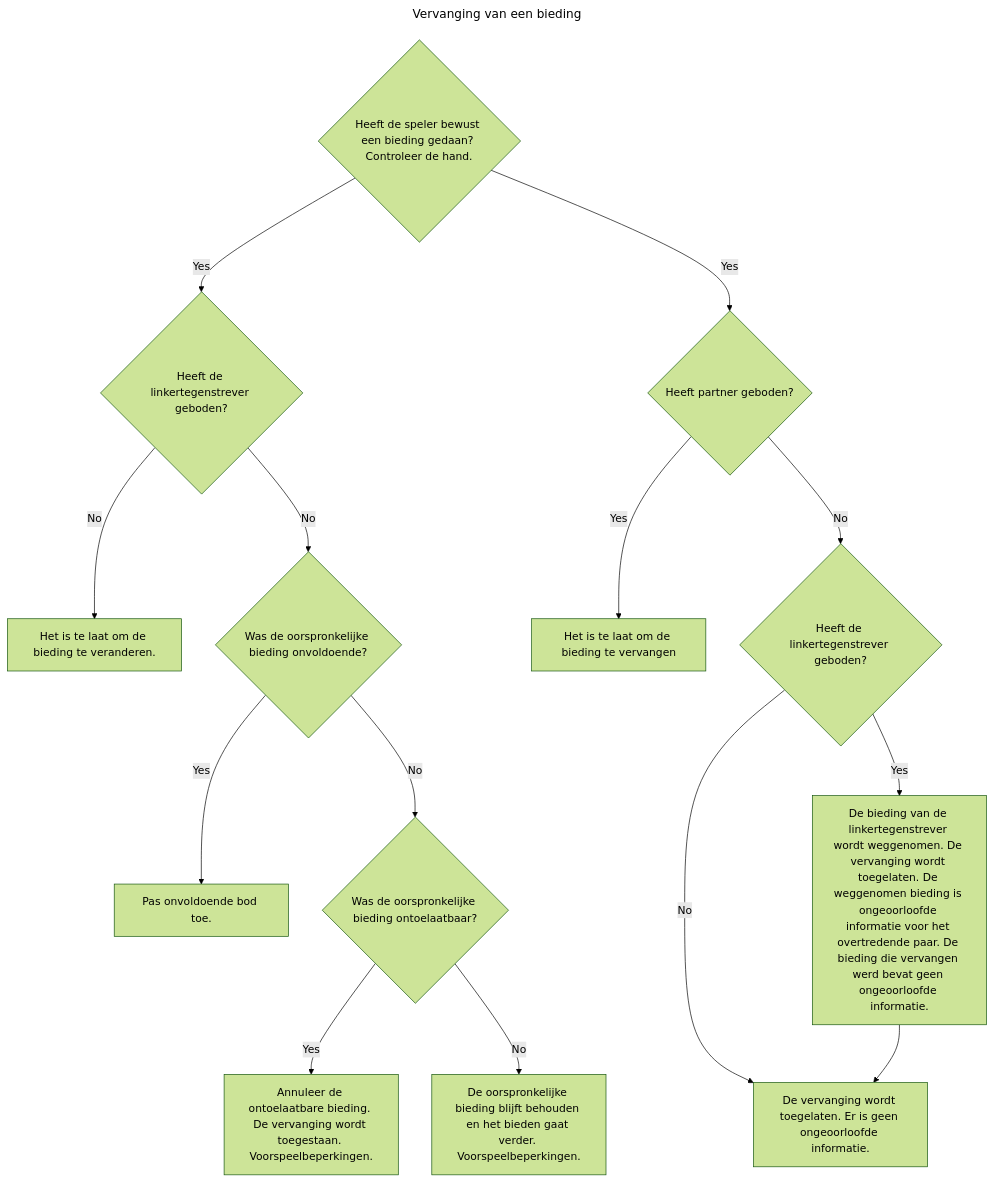
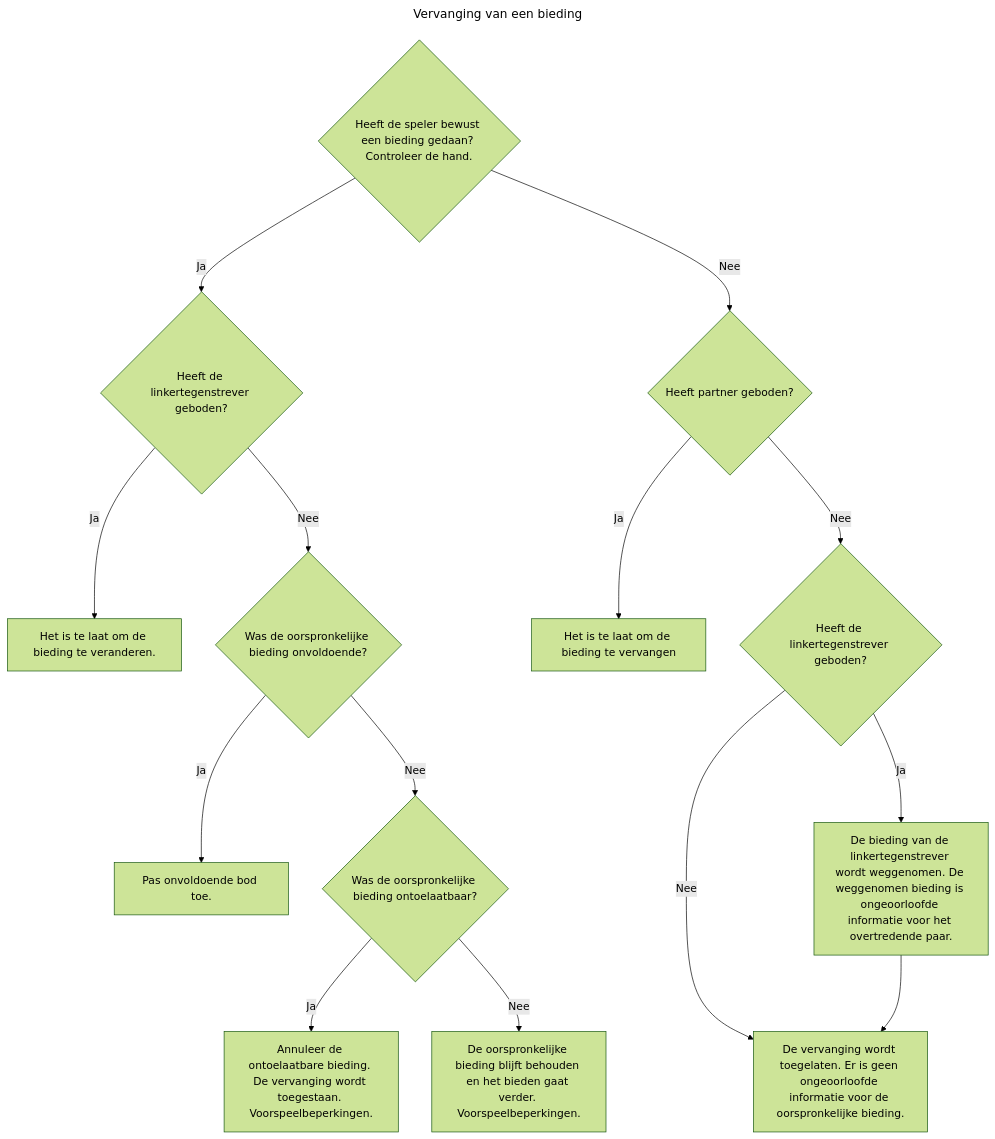
One commit to tcorneli/CTL-instructies changed the diagram in bieding-vervangen.md. Above: the diagram before and after it, drawn with Mermaid (forest theme).

Commit message:
Translate bidding flowchart to Dutch

````diff
--- a/bieding-vervangen.md
+++ b/bieding-vervangen.md
@@ -1,20 +1,20 @@
 ```mermaid
 ---
 title: Vervanging van een bieding
 ---
 graph TD
     A{Heeft de speler bewust een bieding gedaan? Controleer de hand.}
-    A -->|Yes| B{Heeft de linkertegenstrever geboden?}
-    B -->|No| C[Het is te laat om de bieding te veranderen.]
-    B -->|No| D{Was de oorspronkelijke bieding onvoldoende?}
-    D -->|Yes| E[Pas onvoldoende bod toe.]
-    D -->|No| F{Was de oorspronkelijke bieding ontoelaatbaar?}
-    F -->|Yes| G[Annuleer de ontoelaatbare bieding. De vervanging wordt toegestaan. Voorspeelbeperkingen.]
-    F -->|No| H[De oorspronkelijke bieding blijft behouden en het bieden gaat verder. Voorspeelbeperkingen.]
-    A -->|Yes| I{Heeft partner geboden?}
-    I -->|Yes| J[Het is te laat om de bieding te vervangen]
-    I -->|No| K{Heeft de linkertegenstrever geboden?}
-    K -->|Yes| L[De bieding van de linkertegenstrever wordt weggenomen. De vervanging wordt toegelaten. De weggenomen bieding is ongeoorloofde informatie voor het overtredende paar. De bieding die vervangen werd bevat geen ongeoorloofde informatie.]
-    K -->|No| M[De vervanging wordt toegelaten. Er is geen ongeoorloofde informatie.]
+    A -->|Ja| B{Heeft de linkertegenstrever geboden?}
+    B -->|Ja| C[Het is te laat om de bieding te veranderen.]
+    B -->|Nee| D{Was de oorspronkelijke bieding onvoldoende?}
+    D -->|Ja| E[Pas onvoldoende bod toe.]
+    D -->|Nee| F{Was de oorspronkelijke bieding ontoelaatbaar?}
+    F -->|Ja| G[Annuleer de ontoelaatbare bieding. De vervanging wordt toegestaan. Voorspeelbeperkingen.]
+    F -->|Nee| H[De oorspronkelijke bieding blijft behouden en het bieden gaat verder. Voorspeelbeperkingen.]
+    A -->|Nee| I{Heeft partner geboden?}
+    I -->|Ja| J[Het is te laat om de bieding te vervangen]
+    I -->|Nee| K{Heeft de linkertegenstrever geboden?}
+    K -->|Ja| L[De bieding van de linkertegenstrever wordt weggenomen. De weggenomen bieding is ongeoorloofde informatie voor het overtredende paar.]
+    K -->|Nee| M[De vervanging wordt toegelaten. Er is geen ongeoorloofde informatie voor de oorspronkelijke bieding.]
     L --> M
 ```
````
